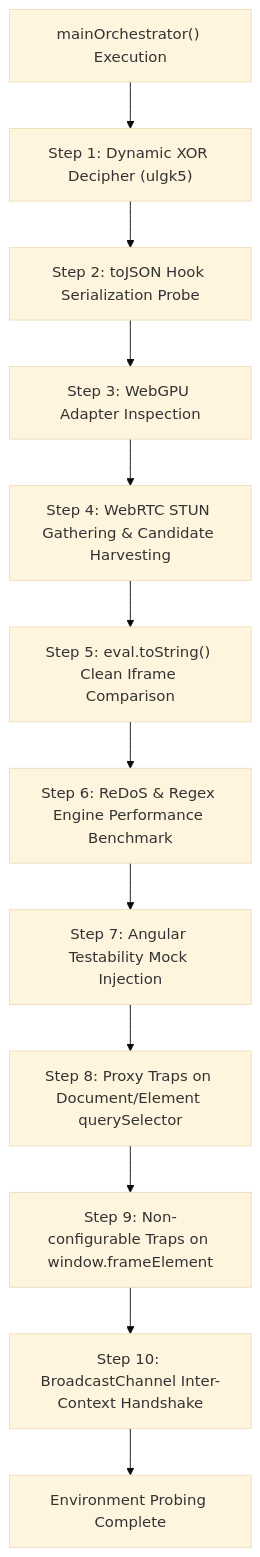
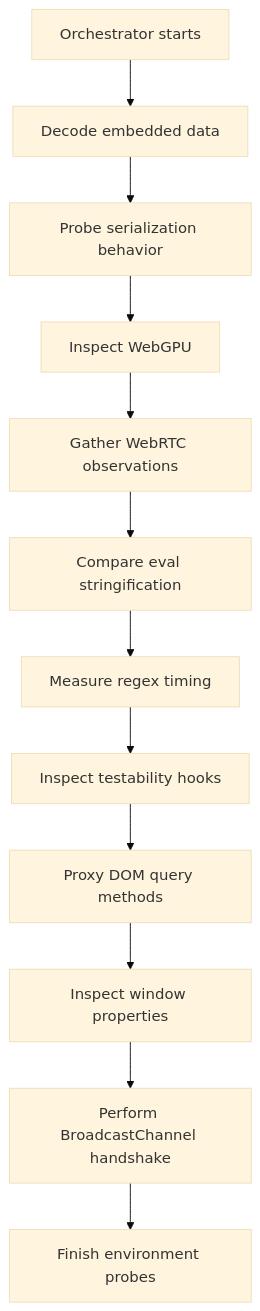
Before and after one commit to harukasen/turnstile-reverse-decoded-result: the second of 2 diagrams in README.md, drawn with Mermaid (base theme). The commit also changed other lines of this file, not shown here.

````diff
--- a/README.md
+++ b/README.md
@@ -222,14 +191,14 @@
 ```mermaid
 flowchart TD
-    Start["mainOrchestrator() Execution"] --> Step1["Step 1: Dynamic XOR Decipher (ulgk5)"]
-    Step1 --> Step2["Step 2: toJSON Hook Serialization Probe"]
-    Step2 --> Step3["Step 3: WebGPU Adapter Inspection"]
-    Step3 --> Step4["Step 4: WebRTC STUN Gathering & Candidate Harvesting"]
-    Step4 --> Step5["Step 5: eval.toString() Clean Iframe Comparison"]
-    Step5 --> Step6["Step 6: ReDoS & Regex Engine Performance Benchmark"]
-    Step6 --> Step7["Step 7: Angular Testability Mock Injection"]
-    Step7 --> Step8["Step 8: Proxy Traps on Document/Element querySelector"]
-    Step8 --> Step9["Step 9: Non-configurable Traps on window.frameElement"]
-    Step9 --> Step10["Step 10: BroadcastChannel Inter-Context Handshake"]
-    Step10 --> End["Environment Probing Complete"]
+    Start["Orchestrator starts"] --> A["Decode embedded data"]
+    A --> B["Probe serialization behavior"]
+    B --> C["Inspect WebGPU"]
+    C --> D["Gather WebRTC observations"]
+    D --> E["Compare eval stringification"]
+    E --> F["Measure regex timing"]
+    F --> G["Inspect testability hooks"]
+    G --> H["Proxy DOM query methods"]
+    H --> I["Inspect window properties"]
+    I --> J["Perform BroadcastChannel handshake"]
+    J --> End["Finish environment probes"]
 ```
````
